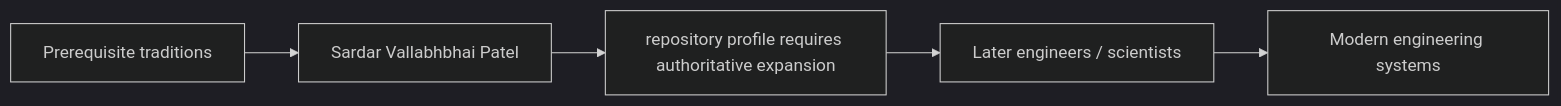
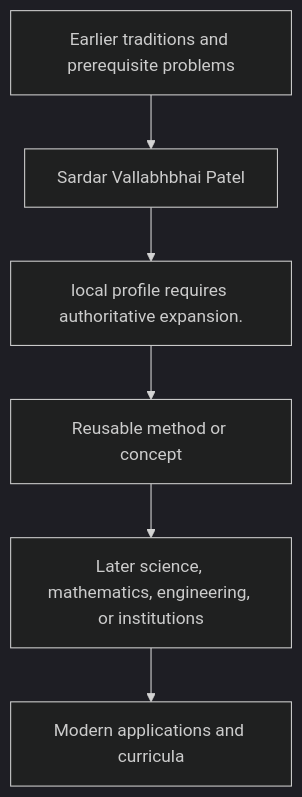
The diagram in docs/history/sardar-vallabhbhai-patel/influence.md (via-decide/ViaLogic), drawn with Mermaid (dark theme) before and after one commit. The commit also changed other lines of this file and 858 other files, not shown here.

````diff
--- a/docs/history/sardar-vallabhbhai-patel/influence.md
+++ b/docs/history/sardar-vallabhbhai-patel/influence.md
@@ -29,7 +16,8 @@
 ```mermaid
-graph LR
-  prerequisites["Prerequisite traditions"] --> current["Sardar Vallabhbhai Patel"]
-  current --> contribution["repository profile requires authoritative expansion"]
-  contribution --> successors["Later engineers / scientists"]
-  successors --> modern["Modern engineering systems"]
+graph TD
+  Prior[Earlier traditions and prerequisite problems] --> Person[Sardar Vallabhbhai Patel]
+  Person --> Contribution[local profile requires authoritative expansion.]
+  Contribution --> Method[Reusable method or concept]
+  Method --> Later[Later science, mathematics, engineering, or institutions]
+  Later --> Modern[Modern applications and curricula]
 ```
````
